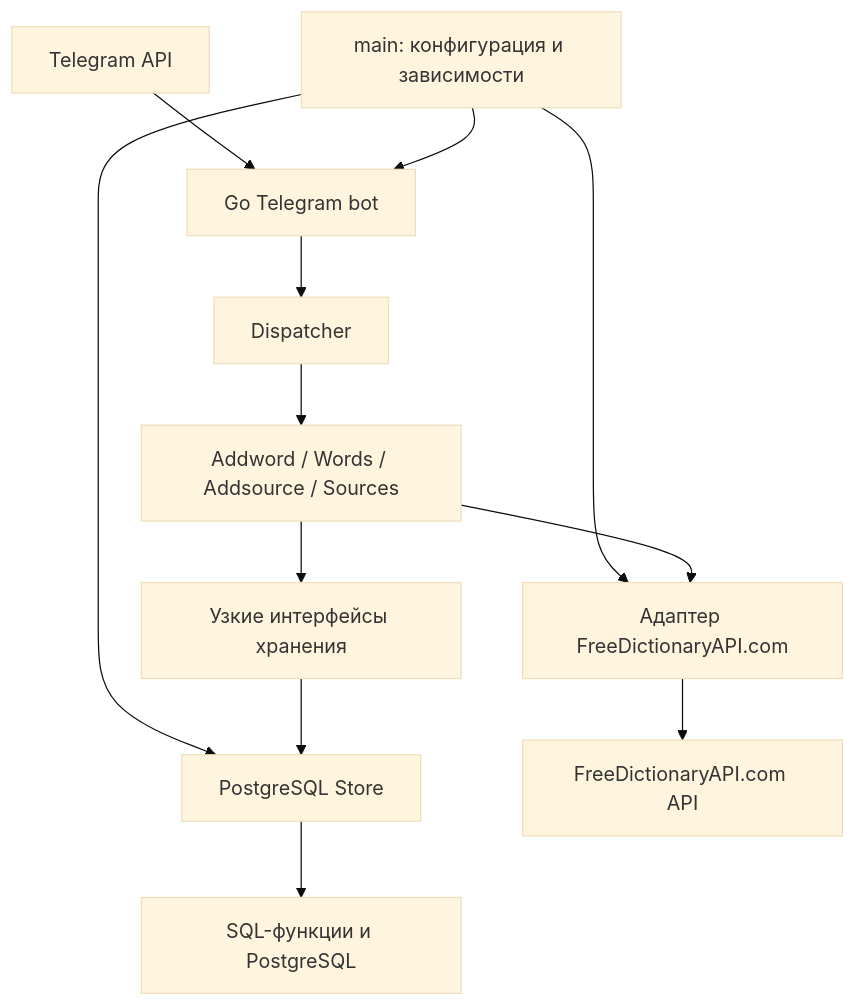
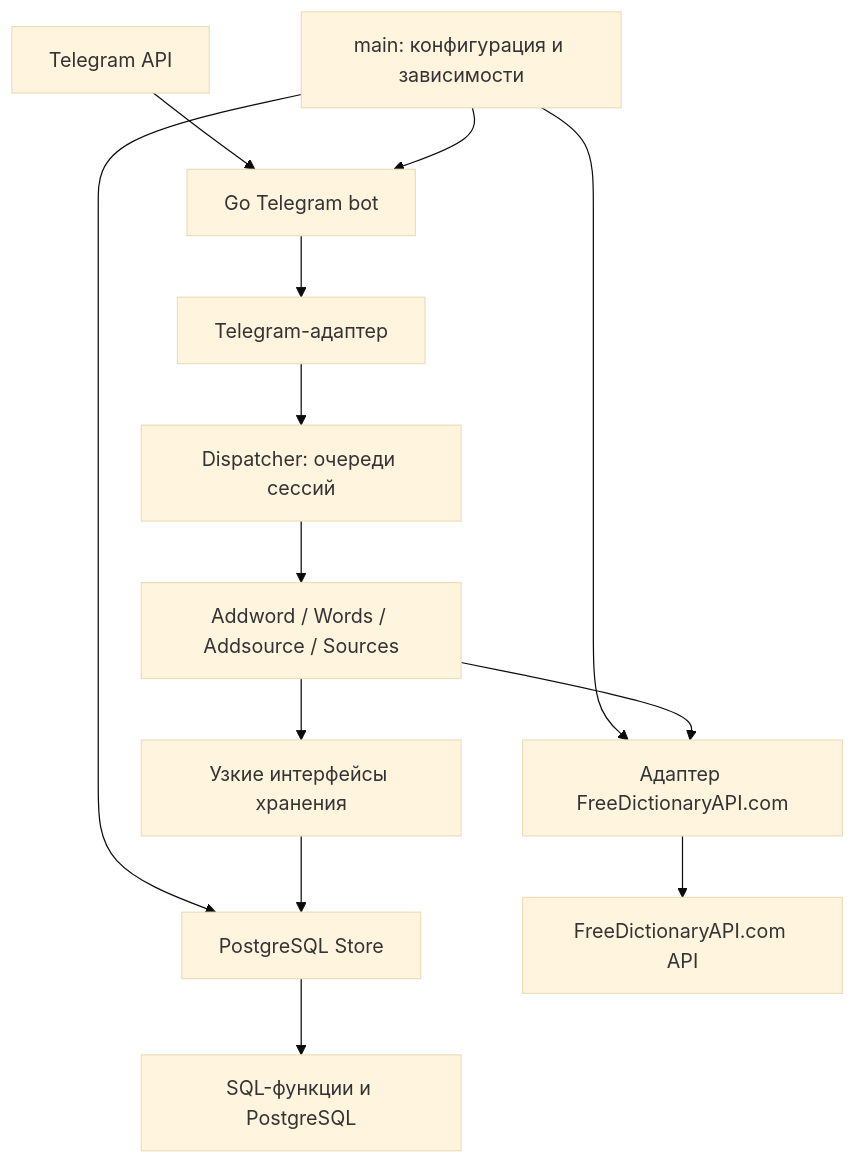
The first of 2 diagrams in docs/architecture.md (YoungSusanoo/xrayl), drawn with Mermaid (base theme) before and after one commit. The commit also changed other lines of this file and 23 other files, not shown here.

````diff
--- a/docs/architecture.md
+++ b/docs/architecture.md
@@ -7,14 +7,15 @@
 ```mermaid
 flowchart TD
     Telegram[Telegram API] --> Bot[Go Telegram bot]
     Main[main: конфигурация и зависимости] --> Bot
     Main --> Store[PostgreSQL Store]
     Main --> Dictionary[Адаптер FreeDictionaryAPI.com]
-    Bot --> Dispatcher[Dispatcher]
+    Bot --> Adapter[Telegram-адаптер]
+    Adapter --> Dispatcher[Dispatcher: очереди сессий]
     Dispatcher --> Flows[Addword / Words / Addsource / Sources]
     Flows --> Interfaces[Узкие интерфейсы хранения]
     Interfaces --> Store
     Flows --> Dictionary
     Dictionary --> External[FreeDictionaryAPI.com API]
     Store --> Functions[SQL-функции и PostgreSQL]
 ```
````
